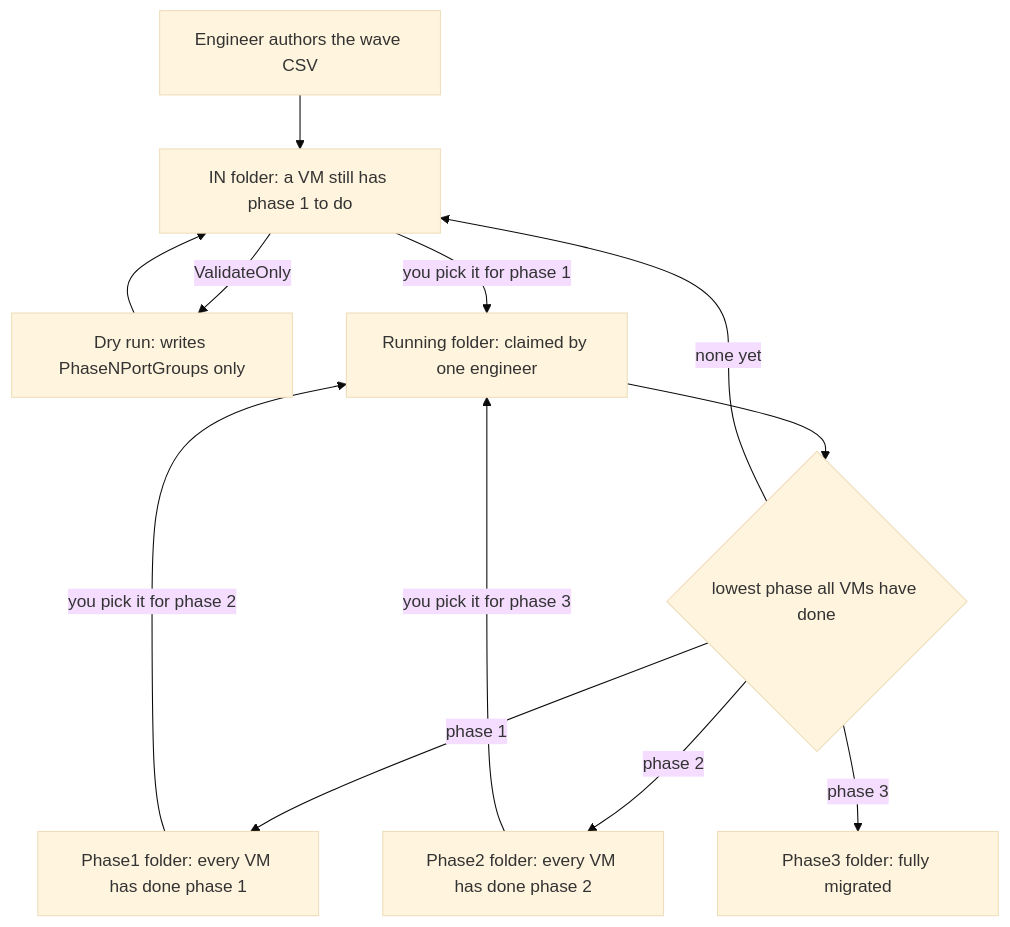
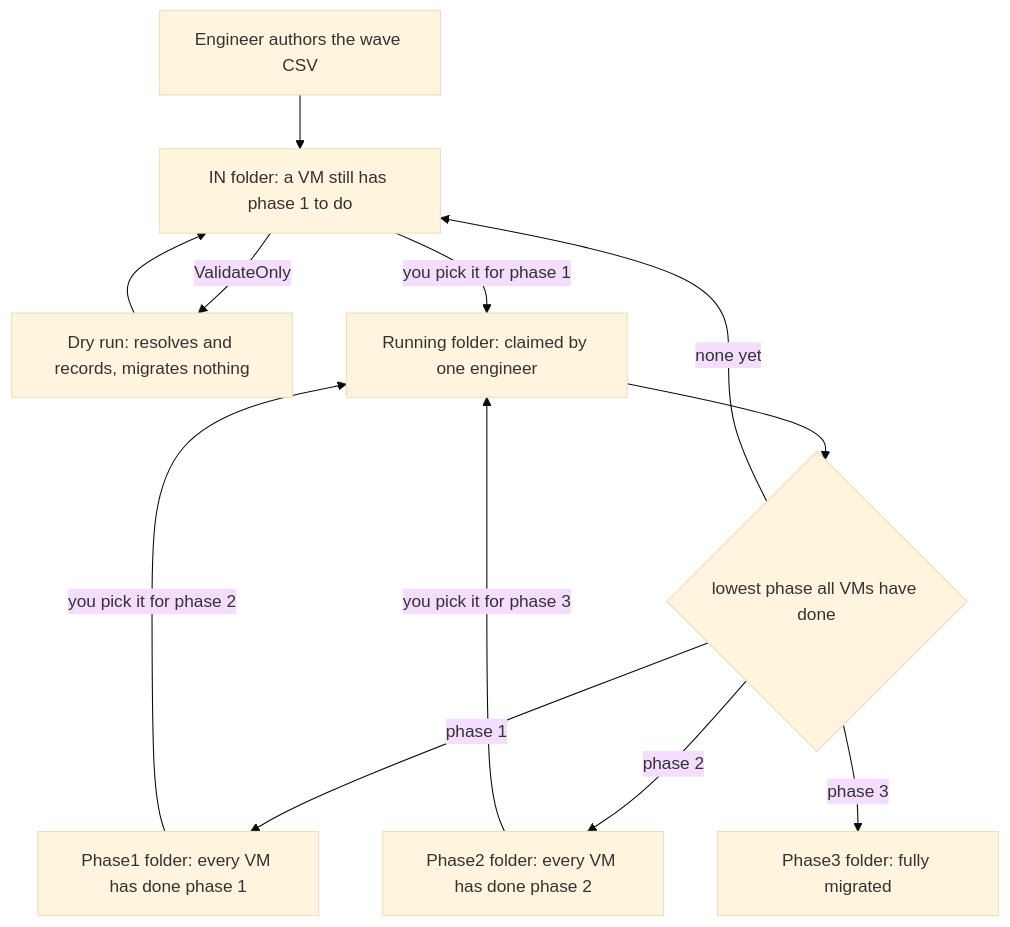
One commit to dsjodin/Vm-migrate changed the first of 2 diagrams in README.md. Above: the diagram before and after it, drawn with Mermaid (base theme). The commit also changed other lines of this file, not shown here.

````diff
--- a/README.md
+++ b/README.md
@@ -66,14 +66,14 @@
 ```mermaid
 graph TD
     A[Engineer authors the wave CSV] --> IN[IN folder: a VM still has phase 1 to do]
-    IN -->|ValidateOnly| DRY[Dry run: writes PhaseNPortGroups only]
+    IN -->|ValidateOnly| DRY[Dry run: resolves and records, migrates nothing]
     DRY --> IN
     IN -->|you pick it for phase 1| RUN[Running folder: claimed by one engineer]
     P1[Phase1 folder: every VM has done phase 1] -->|you pick it for phase 2| RUN
     P2[Phase2 folder: every VM has done phase 2] -->|you pick it for phase 3| RUN
     RUN --> HOME{lowest phase all VMs have done}
     HOME -->|none yet| IN
     HOME -->|phase 1| P1
     HOME -->|phase 2| P2
     HOME -->|phase 3| P3[Phase3 folder: fully migrated]
 ```
````
